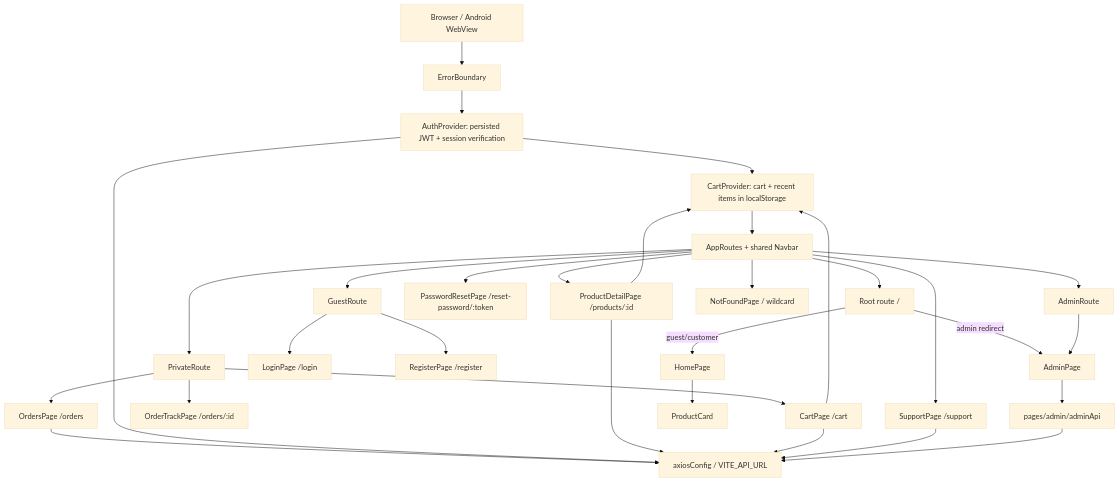
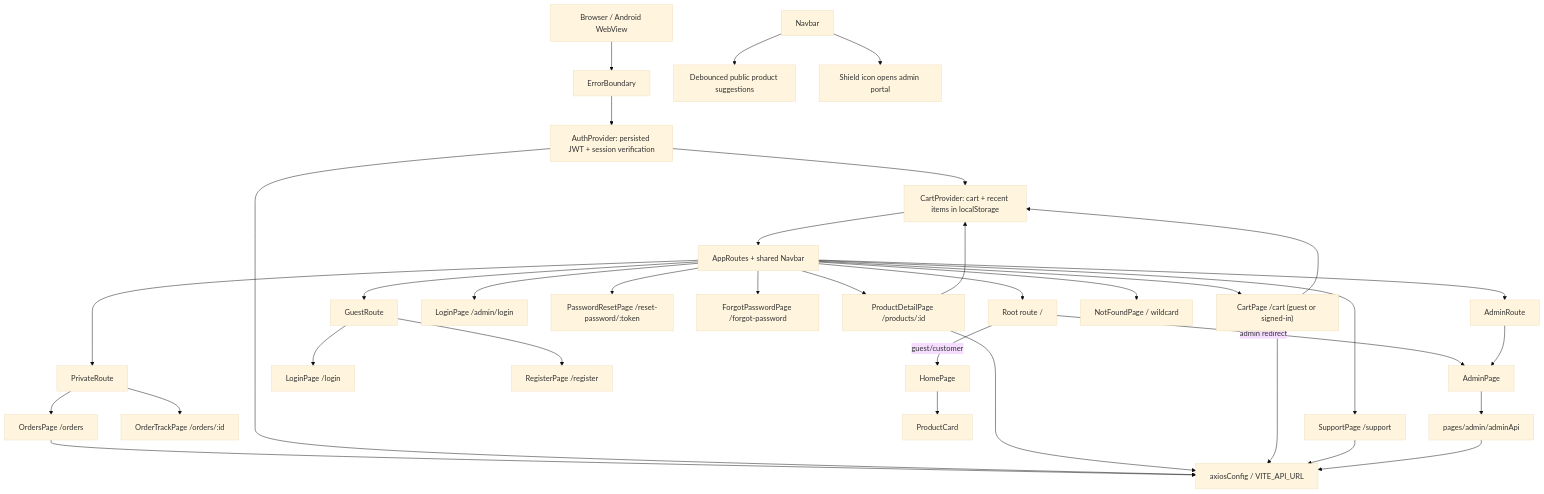
One commit to arbazfareed/e-commerce changed diagram 16 of 22 in docs/UML_DIAGRAMS.md. Above: the diagram before and after it, drawn with Mermaid (base theme). The commit also changed other lines of this file and 94 other files, not shown here.

````diff
--- a/docs/UML_DIAGRAMS.md
+++ b/docs/UML_DIAGRAMS.md
@@ -566,37 +576,41 @@
 ```mermaid
 flowchart TB
         Browser[Browser / Android WebView]
         ErrorBoundary[ErrorBoundary]
         AuthProvider[AuthProvider: persisted JWT + session verification]
         CartProvider[CartProvider: cart + recent items in localStorage]
         AppRoutes[AppRoutes + shared Navbar]
         Browser --> ErrorBoundary --> AuthProvider --> CartProvider --> AppRoutes
 
         AppRoutes --> RootRoute["Root route /"]
         RootRoute -->|guest/customer| Home[HomePage]
         RootRoute -->|admin redirect| Admin[AdminPage]
         AppRoutes --> ProductDetail["ProductDetailPage /products/:id"]
         AppRoutes --> GuestGuard[GuestRoute]
         GuestGuard --> Login["LoginPage /login"]
         GuestGuard --> Register["RegisterPage /register"]
+        AppRoutes --> AdminLoginRoute["LoginPage /admin/login"]
         AppRoutes --> Reset["PasswordResetPage /reset-password/:token"]
+        AppRoutes --> Forgot["ForgotPasswordPage /forgot-password"]
+        AppRoutes --> Cart["CartPage /cart (guest or signed-in)"]
         AppRoutes --> PrivateGuard[PrivateRoute]
-        PrivateGuard --> Cart["CartPage /cart"]
         PrivateGuard --> Orders["OrdersPage /orders"]
         PrivateGuard --> Track["OrderTrackPage /orders/:id"]
         AppRoutes --> AdminGuard[AdminRoute]
         AdminGuard --> Admin
         AppRoutes --> Support["SupportPage /support"]
         AppRoutes --> NotFound[NotFoundPage / wildcard]
 
         Home --> ProductCard[ProductCard]
+        Navbar --> LiveSearch[Debounced public product suggestions]
+        Navbar --> AdminPortalEntry[Shield icon opens admin portal]
         ProductDetail --> CartProvider
         Cart --> CartProvider
         Orders --> API["axiosConfig / VITE_API_URL"]
         Admin --> AdminAPI["pages/admin/adminApi"]
         AuthProvider --> API
         ProductDetail --> API
         Cart --> API
         Support --> API
         AdminAPI --> API
 ```
````
